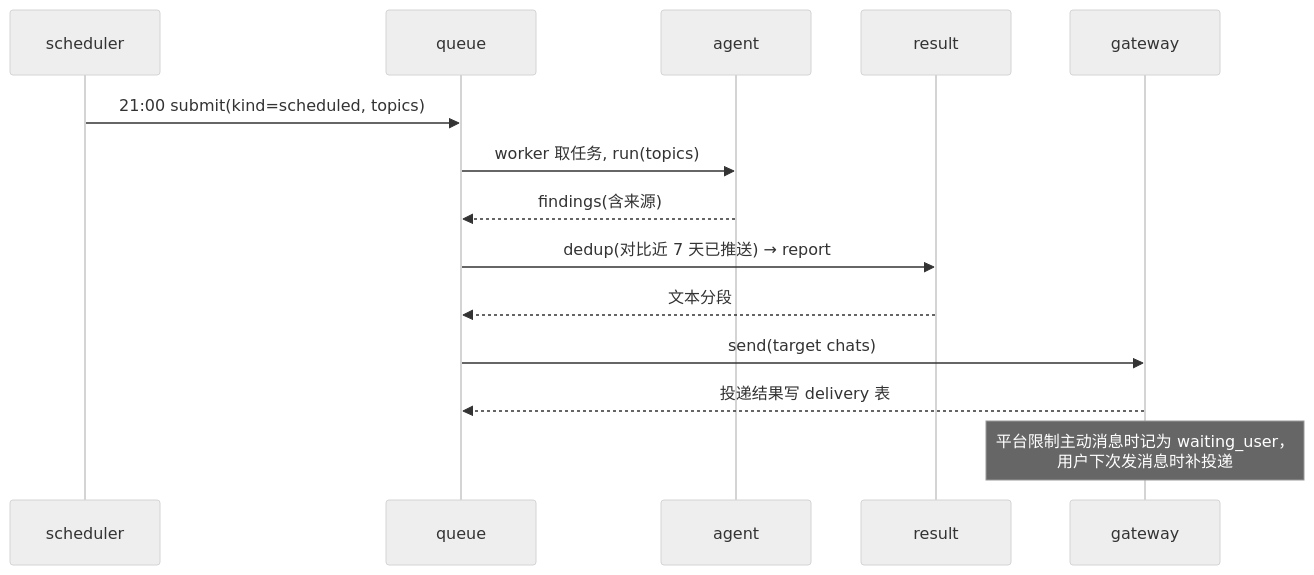
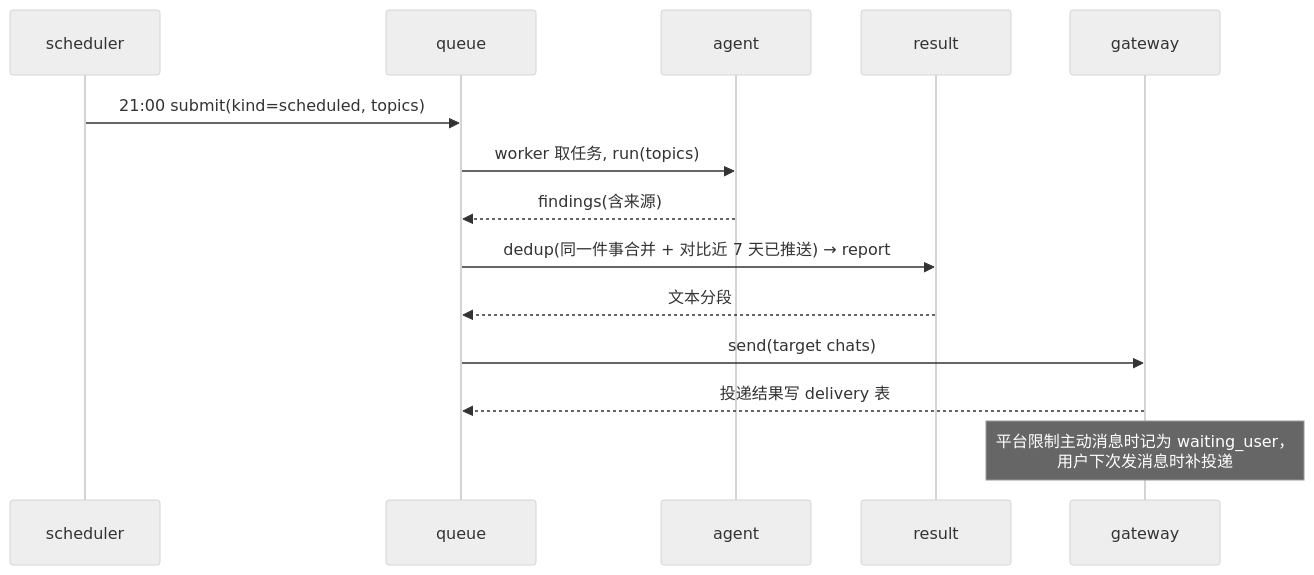
One commit to pitemp188-jpg/news_bot changed the second of 4 diagrams in docs/01-architecture.md. Above: the diagram before and after it, drawn with Mermaid (neutral theme). The commit also changed other lines of this file and 17 other files, not shown here.

````diff
--- a/docs/01-architecture.md
+++ b/docs/01-architecture.md
@@ -91,16 +101,16 @@
 ```mermaid
 sequenceDiagram
     participant S as scheduler
     participant Q as queue
     participant A as agent
     participant R as result
     participant G as gateway
     S->>Q: 21:00 submit(kind=scheduled, topics)
     Q->>A: worker 取任务, run(topics)
     A-->>Q: findings(含来源)
-    Q->>R: dedup(对比近 7 天已推送) → report
+    Q->>R: dedup(同一件事合并 + 对比近 7 天已推送) → report
     R-->>Q: 文本分段
     Q->>G: send(target chats)
     G-->>Q: 投递结果写 delivery 表
     Note over G: 平台限制主动消息时记为 waiting_user，<br/>用户下次发消息时补投递
 ```
````
